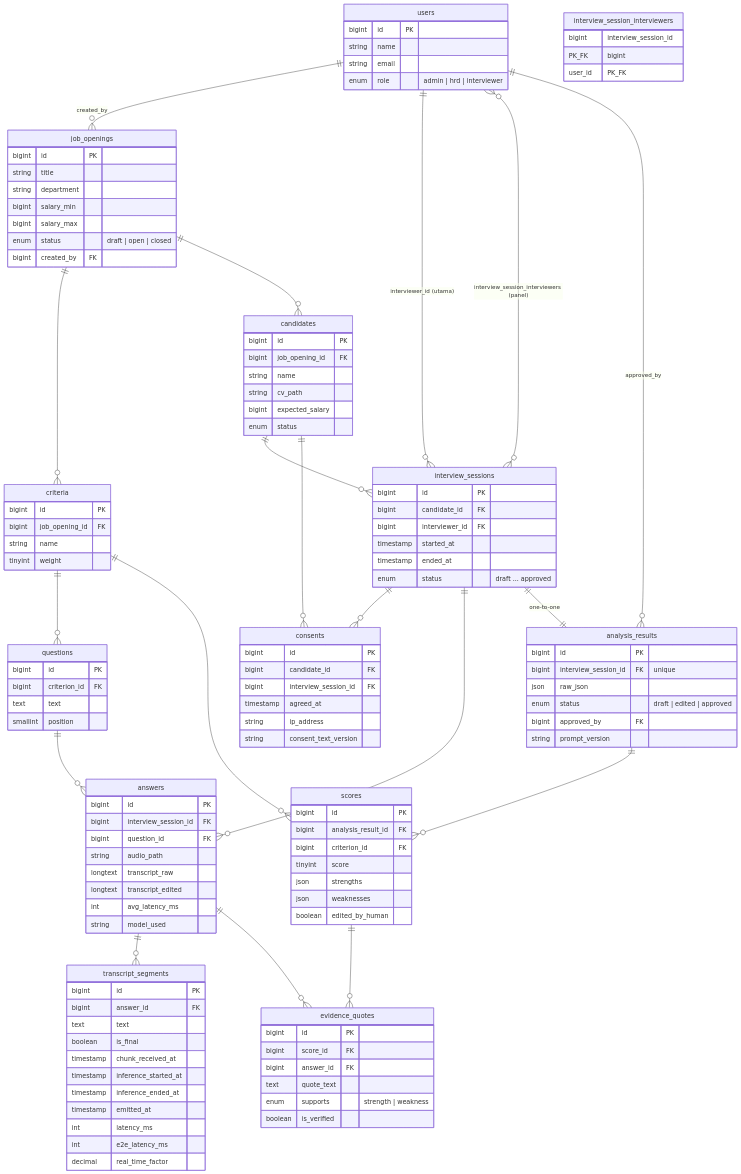
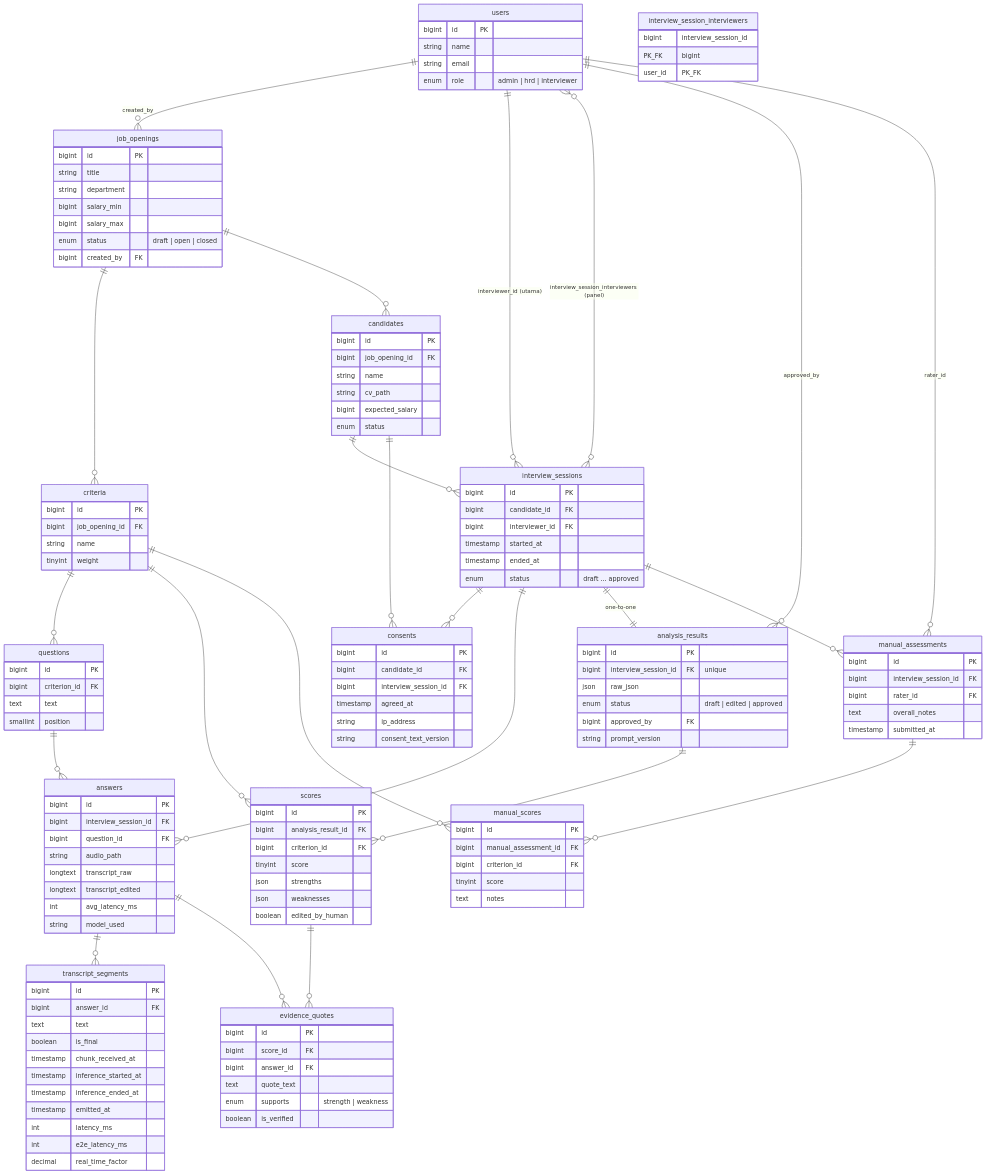
Before and after one commit to MichLoverz/hrd-speech-web-final-project: the diagram in docs/web-programming/erd.md, drawn with Mermaid. The commit also changed other lines of this file and 27 other files, not shown here.

First line of the commit message:
feat(web): phase 1 — manual scoring with blind rating, candidate comparison, session filters, admin user roles

````diff
--- a/docs/web-programming/erd.md
+++ b/docs/web-programming/erd.md
@@ -26,6 +26,11 @@
 
     analysis_results ||--o{ scores : ""
     scores ||--o{ evidence_quotes : ""
+
+    interview_sessions ||--o{ manual_assessments : ""
+    users ||--o{ manual_assessments : "rater_id"
+    manual_assessments ||--o{ manual_scores : ""
+    criteria ||--o{ manual_scores : ""
 
     users {
         bigint id PK
@@ -130,4 +135,18 @@
         enum supports "strength | weakness"
         boolean is_verified
     }
+    manual_assessments {
+        bigint id PK
+        bigint interview_session_id FK
+        bigint rater_id FK
+        text overall_notes
+        timestamp submitted_at
+    }
+    manual_scores {
+        bigint id PK
+        bigint manual_assessment_id FK
+        bigint criterion_id FK
+        tinyint score
+        text notes
+    }
 ```
````
